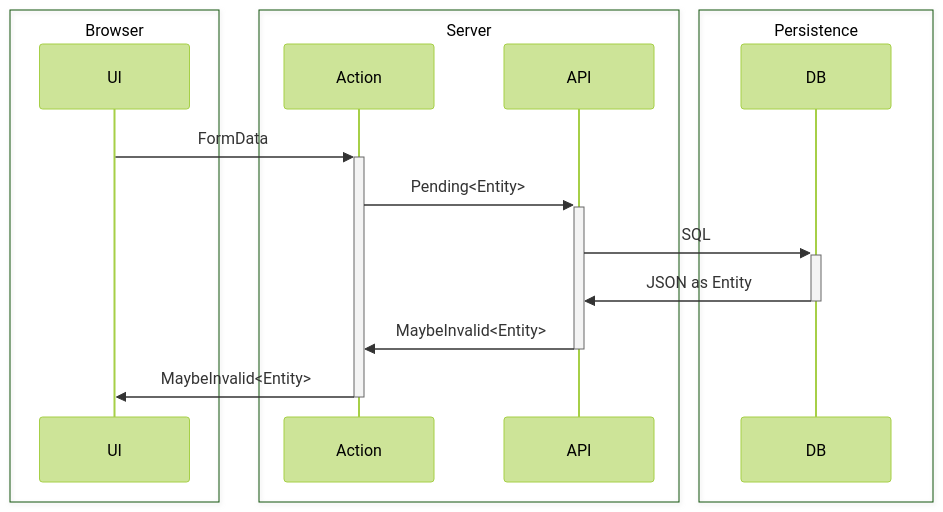
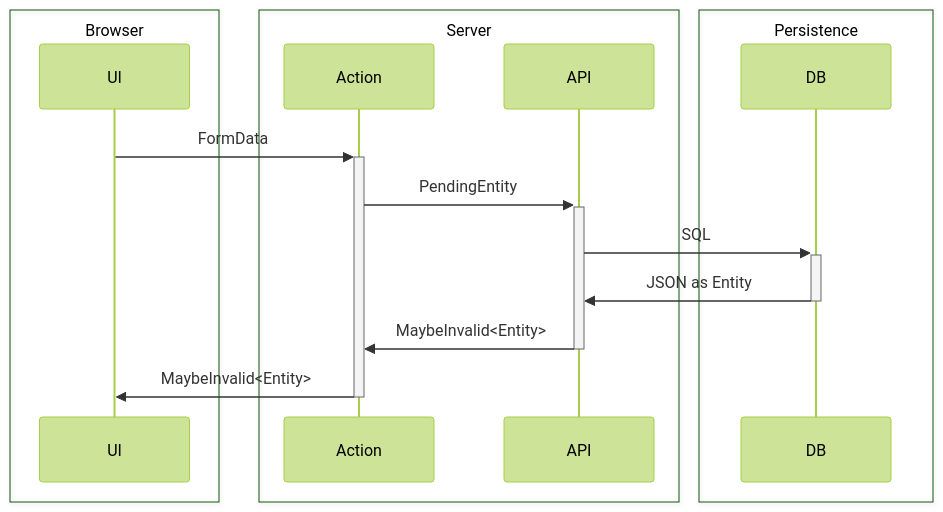
The diagram in .claude/commands/crud.md (jmakeig/workout-builder-ai), drawn with Mermaid (forest theme) before and after one commit. The commit also changed other lines of this file, not shown here.

````diff
--- a/.claude/commands/crud.md
+++ b/.claude/commands/crud.md
@@ -22,25 +24,25 @@
 ```mermaid
 sequenceDiagram
     participant UI
     participant Action
     participant API
     participant DB
     box Browser
         participant UI
     end
     box Server
         participant Action
         participant API
     end
     box Persistence
         participant DB
     end
 
 
     UI->>+Action: FormData
-    Action->>+API: Pending<Entity>
+    Action->>+API: PendingEntity
     API->>+DB: SQL
     DB->>-API: JSON as Entity
     API->>-Action: MaybeInvalid<Entity>
     Action->>-UI: MaybeInvalid<Entity>
 ```
````
